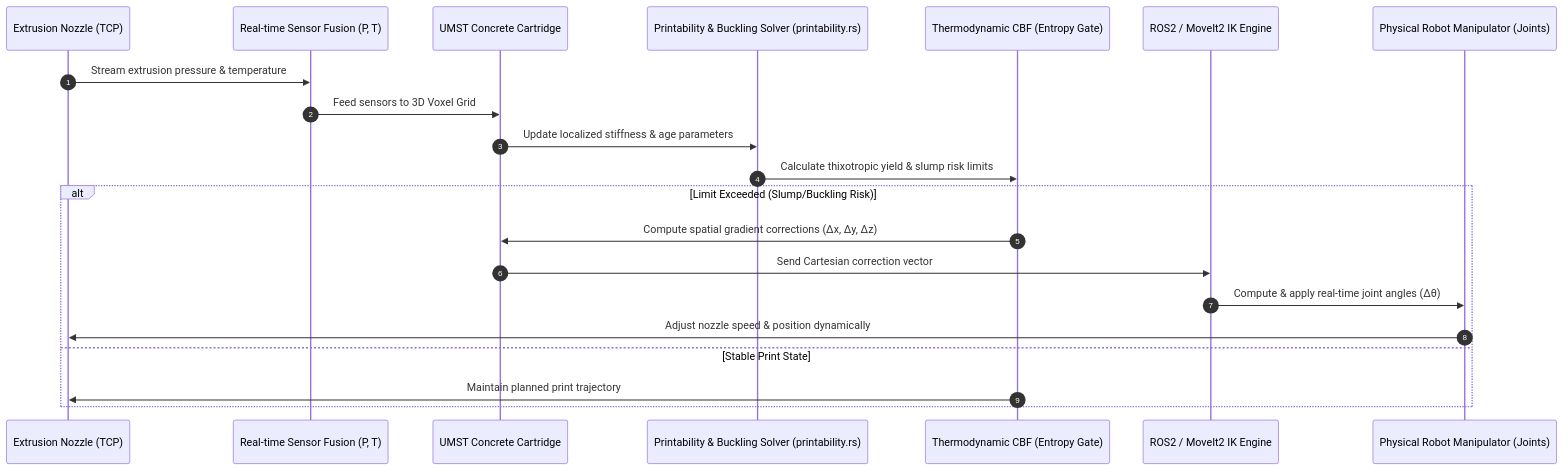
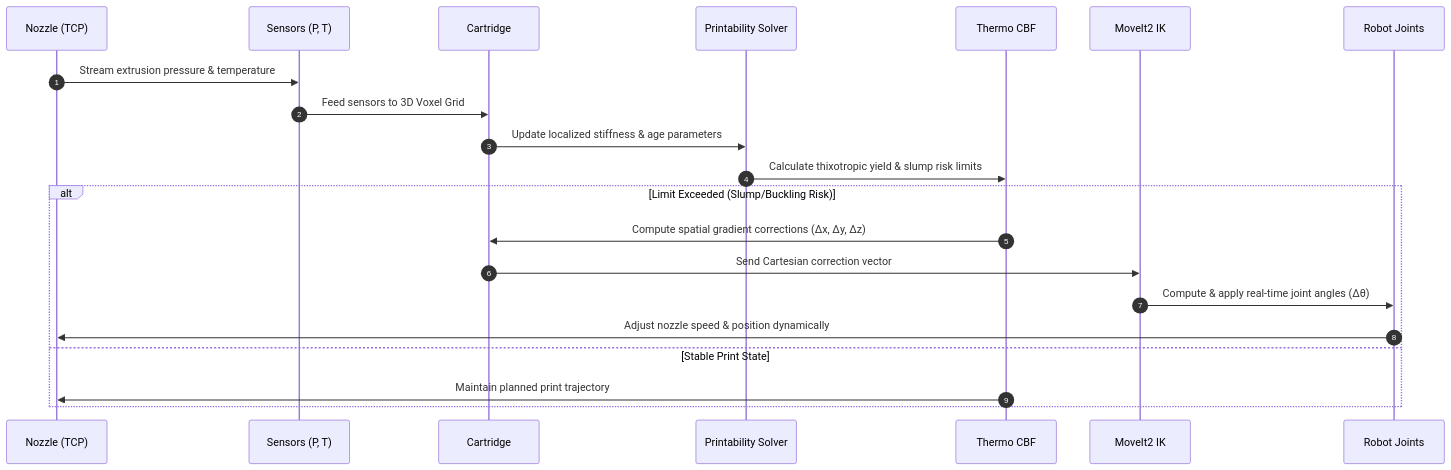
Before and after one commit to tytolabs/umst-concrete-cartridge: the first of 2 diagrams in README.md, drawn with Mermaid. The commit also changed other lines of this file, not shown here.

First line of the commit message:
docs: polish README — mermaid wiring, sequence trim, math rendering, add conclusion

````diff
--- a/README.md
+++ b/README.md
@@ -101,24 +101,24 @@
 ```mermaid
 sequenceDiagram
     autonumber
-    participant Nozzle as Extrusion Nozzle (TCP)
-    participant Sensors as Real-time Sensor Fusion (P, T)
-    participant Cartridge as UMST Concrete Cartridge
-    participant Solver as Printability & Buckling Solver (printability.rs)
-    participant CBF as Thermodynamic CBF (Entropy Gate)
-    participant IK as ROS2 / MoveIt2 IK Engine
-    participant Joint as Physical Robot Manipulator (Joints)
+    participant Nozzle as Nozzle (TCP)
+    participant Sensors as Sensors (P, T)
+    participant Cartridge as Cartridge
+    participant Solver as Printability Solver
+    participant CBF as Thermo CBF
+    participant IK as MoveIt2 IK
+    participant Joint as Robot Joints
 
     Nozzle->>Sensors: Stream extrusion pressure & temperature
     Sensors->>Cartridge: Feed sensors to 3D Voxel Grid
     Cartridge->>Solver: Update localized stiffness & age parameters
     Solver->>CBF: Calculate thixotropic yield & slump risk limits
     alt Limit Exceeded (Slump/Buckling Risk)
         CBF->>Cartridge: Compute spatial gradient corrections (Δx, Δy, Δz)
         Cartridge->>IK: Send Cartesian correction vector
         IK->>Joint: Compute & apply real-time joint angles (Δθ)
         Joint->>Nozzle: Adjust nozzle speed & position dynamically
     else Stable Print State
         CBF->>Nozzle: Maintain planned print trajectory
     end
 ```
````
